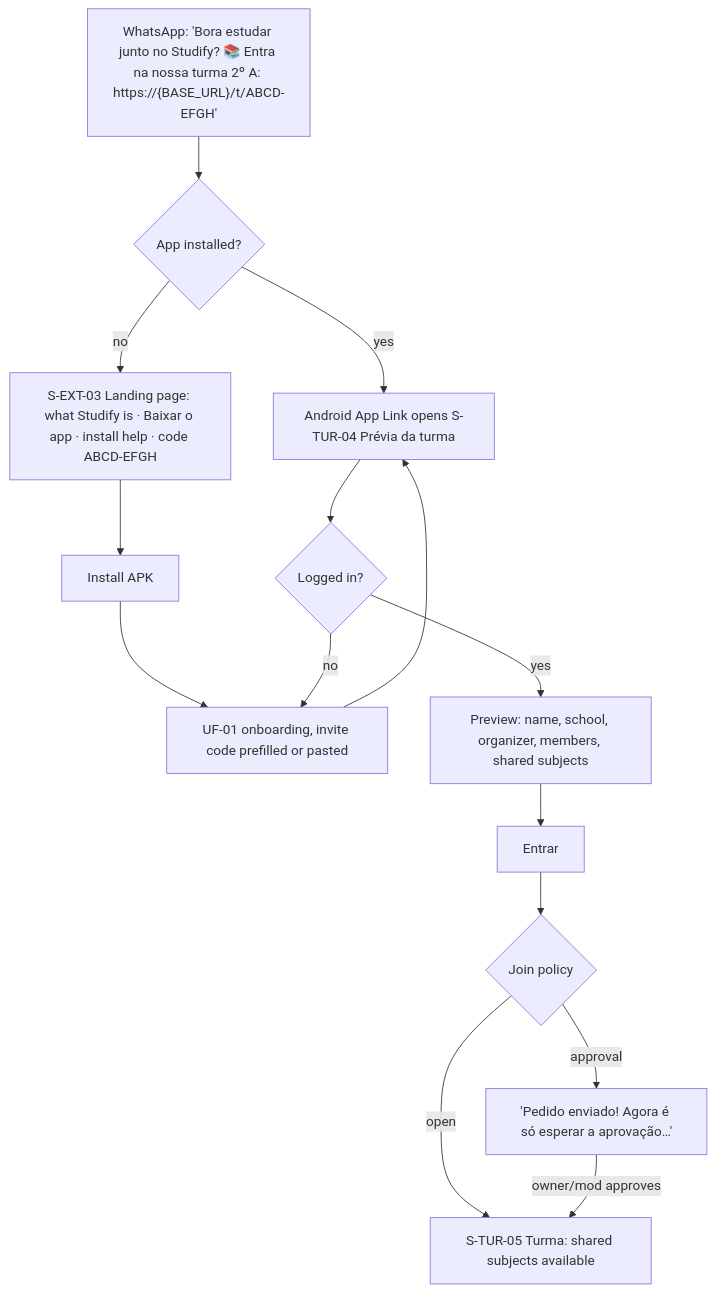
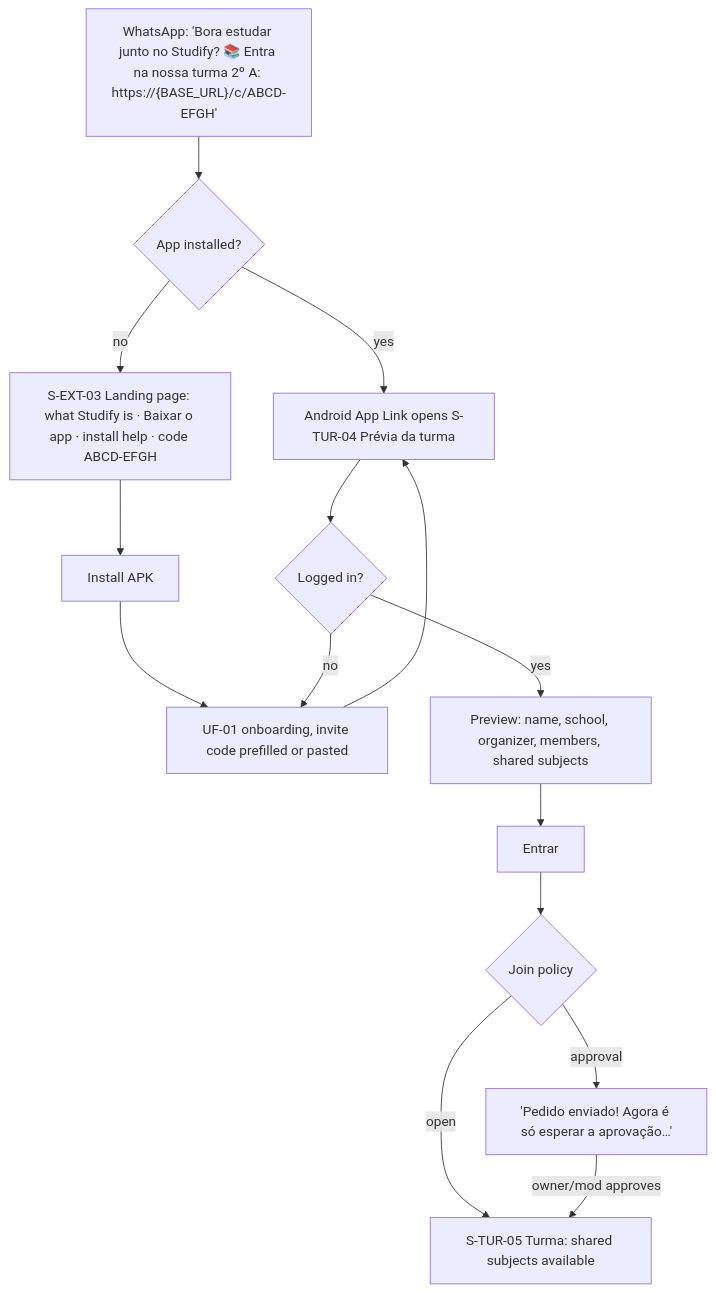
Before and after one commit to mariajunqueiramirandas-cpu/Studify: the tenth of 22 diagrams in docs/product/user-flows.md, drawn with Mermaid. The commit also changed other lines of this file and 23 other files, not shown here.

````diff
--- a/docs/product/user-flows.md
+++ b/docs/product/user-flows.md
@@ -363,16 +363,16 @@
 ```mermaid
 flowchart TD
-  W["WhatsApp: 'Bora estudar junto no Studify? 📚 Entra na nossa turma 2º A: https://{BASE_URL}/t/ABCD-EFGH'"] --> T{App installed?}
+  W["WhatsApp: 'Bora estudar junto no Studify? 📚 Entra na nossa turma 2º A: https://{BASE_URL}/c/ABCD-EFGH'"] --> T{App installed?}
   T -- yes --> AL["Android App Link opens S-TUR-04 Prévia da turma"]
   T -- no --> LP["S-EXT-03 Landing page: what Studify is · Baixar o app · install help · code ABCD-EFGH"]
   LP --> INS[Install APK] --> UF01["UF-01 onboarding, invite code prefilled or pasted"]
   UF01 --> AL
   AL --> J{Logged in?}
   J -- no --> UF01
   J -- yes --> P["Preview: name, school, organizer, members, shared subjects"]
   P --> E["Entrar"]
   E --> POL{Join policy}
   POL -- approval --> PEND["'Pedido enviado! Agora é só esperar a aprovação…'"]
   POL -- open --> HOME["S-TUR-05 Turma: shared subjects available"]
   PEND -->|owner/mod approves| HOME
 ```
````
